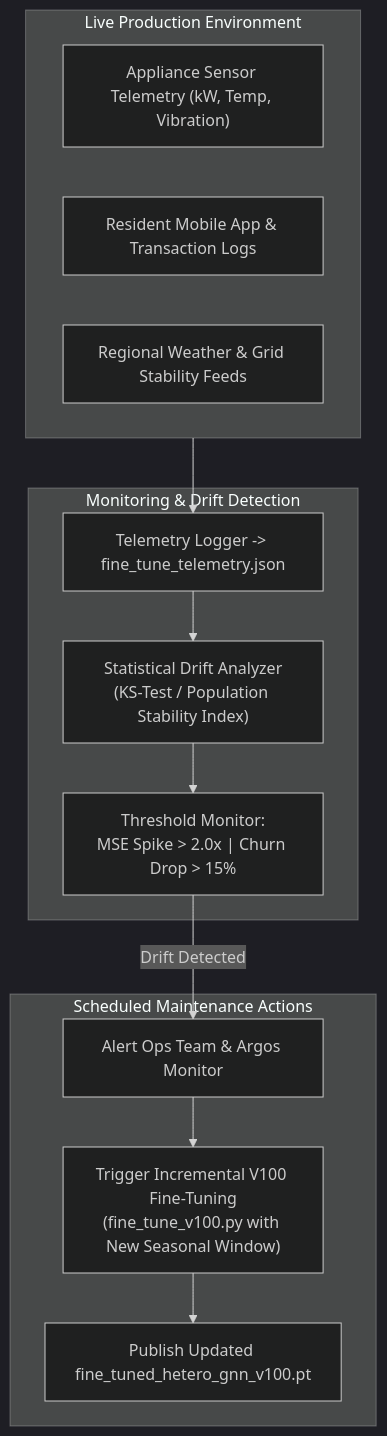
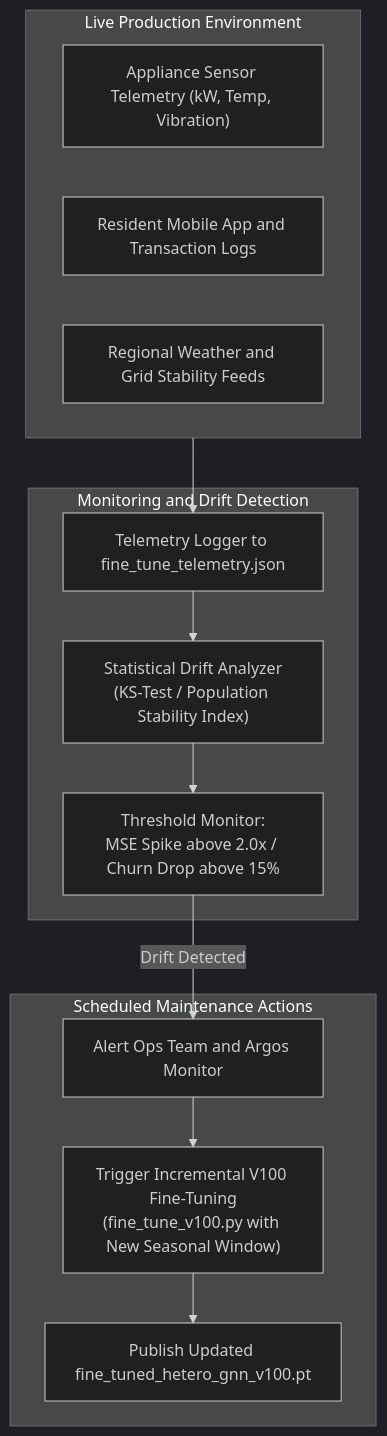
One commit to AnimeshBasak-14/SmartHVAC changed the diagram in docs/ml_lifecycle/10_Model_Monitoring_and_Maintenance.md. Above: the diagram before and after it, drawn with Mermaid (dark theme). The commit also changed 51 other files, not shown here.

````diff
--- a/docs/ml_lifecycle/10_Model_Monitoring_and_Maintenance.md
+++ b/docs/ml_lifecycle/10_Model_Monitoring_and_Maintenance.md
@@ -22,24 +22,24 @@
 ```mermaid
 flowchart TD
-    subgraph Online_Operations [Live Production Environment]
+    subgraph Online_Operations["Live Production Environment"]
         Sensors["Appliance Sensor Telemetry (kW, Temp, Vibration)"]
-        UserLogs["Resident Mobile App & Transaction Logs"]
-        GridData["Regional Weather & Grid Stability Feeds"]
+        UserLogs["Resident Mobile App and Transaction Logs"]
+        GridData["Regional Weather and Grid Stability Feeds"]
     end
 
-    subgraph Monitor_Engine [Monitoring & Drift Detection]
-        Logger["Telemetry Logger -> fine_tune_telemetry.json"]
+    subgraph Monitor_Engine["Monitoring and Drift Detection"]
+        Logger["Telemetry Logger to fine_tune_telemetry.json"]
         DriftDetector["Statistical Drift Analyzer<br>(KS-Test / Population Stability Index)"]
-        Thresholds["Threshold Monitor:<br>MSE Spike > 2.0x | Churn Drop > 15%"]
+        Thresholds["Threshold Monitor:<br>MSE Spike above 2.0x / Churn Drop above 15%"]
     end
 
-    subgraph Maintenance_Action [Scheduled Maintenance Actions]
-        Alert["Alert Ops Team & Argos Monitor"]
+    subgraph Maintenance_Action["Scheduled Maintenance Actions"]
+        Alert["Alert Ops Team and Argos Monitor"]
         Retrain["Trigger Incremental V100 Fine-Tuning<br>(fine_tune_v100.py with New Seasonal Window)"]
         UpdateWeights["Publish Updated fine_tuned_hetero_gnn_v100.pt"]
     end
 
     Online_Operations --> Logger --> DriftDetector
     DriftDetector --> Thresholds
     Thresholds -- "Drift Detected" --> Alert --> Retrain --> UpdateWeights
 ```
````
